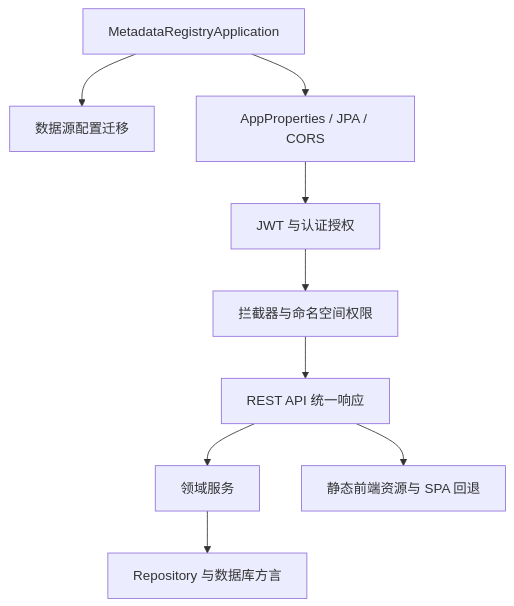
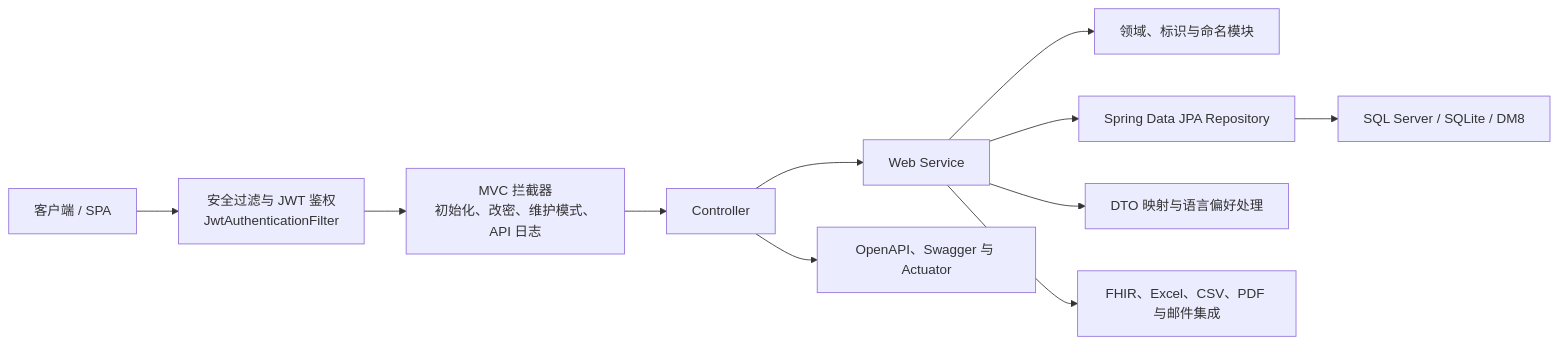
One commit to matrixlane/MetadataRegistry4J changed the diagram in docs/architecture/modules/metadata-registry-web.md. Above: the diagram before and after it, drawn with Mermaid. The commit also changed other lines of this file and 321 other files, not shown here.

````diff
--- a/docs/architecture/modules/metadata-registry-web.md
+++ b/docs/architecture/modules/metadata-registry-web.md
@@ -15,11 +16,13 @@
 ```mermaid
-flowchart TB
-    APP["MetadataRegistryApplication"] --> MIGRATE["数据源配置迁移"]
-    APP --> CONFIG["AppProperties / JPA / CORS"]
-    CONFIG --> SECURITY["JWT 与认证授权"]
-    SECURITY --> WEBCHAIN["拦截器与命名空间权限"]
-    WEBCHAIN --> API["REST API 统一响应"]
-    API --> SERVICE["领域服务"]
-    SERVICE --> REPO["Repository 与数据库方言"]
-    API --> STATIC["静态前端资源与 SPA 回退"]
+flowchart LR
+    C["客户端 / SPA"] --> S["安全过滤与 JWT 鉴权<br/>JwtAuthenticationFilter"]
+    S --> I["MVC 拦截器<br/>初始化、改密、维护模式、API 日志"]
+    I --> CT["Controller"]
+    CT --> SV["Web Service"]
+    SV --> D["领域、标识与命名模块"]
+    SV --> R["Spring Data JPA Repository"]
+    R --> DB["SQL Server / SQLite / DM8"]
+    SV --> MP["DTO 映射与语言偏好处理"]
+    SV --> EX["FHIR、Excel、CSV、PDF 与邮件集成"]
+    CT --> OA["OpenAPI、Swagger 与 Actuator"]
 ```
````
